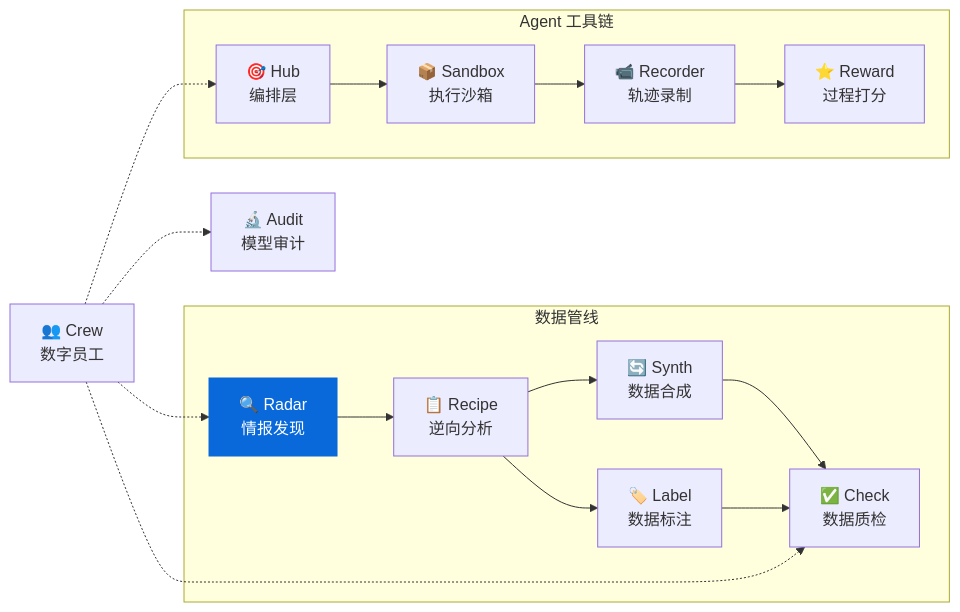
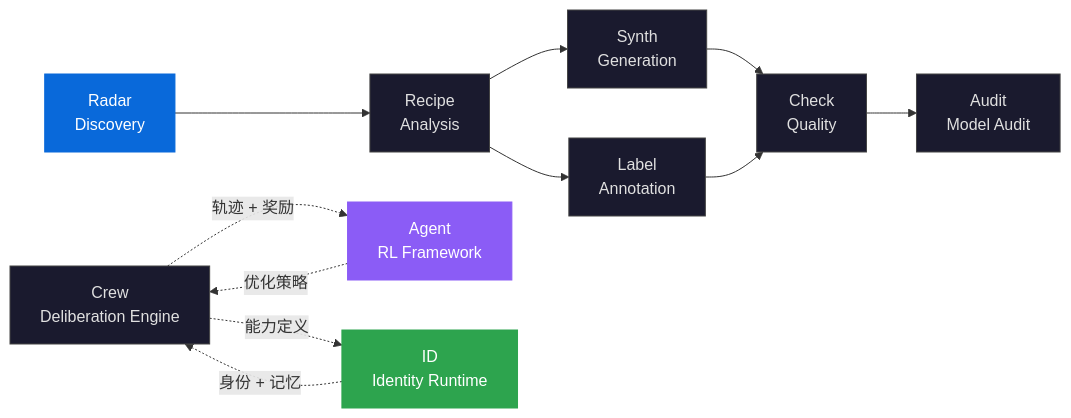
One commit to liuxiaotong/ai-dataset-radar changed the second of 2 diagrams in README.md. Above: the diagram before and after it, drawn with Mermaid. The commit also changed other lines of this file and 1 other file, not shown here.

````diff
--- a/README.md
+++ b/README.md
@@ -220,22 +399,26 @@
 ```mermaid
 graph LR
-    subgraph 数据管线
-        Radar["🔍 Radar<br/>情报发现"] --> Recipe["📋 Recipe<br/>逆向分析"]
-        Recipe --> Synth["🔄 Synth<br/>数据合成"]
-        Recipe --> Label["🏷️ Label<br/>数据标注"]
-        Synth --> Check["✅ Check<br/>数据质检"]
-        Label --> Check
-    end
-    Audit["🔬 Audit<br/>模型审计"]
-    subgraph Agent 工具链
-        Hub["🎯 Hub<br/>编排层"] --> Sandbox["📦 Sandbox<br/>执行沙箱"]
-        Sandbox --> Recorder["📹 Recorder<br/>轨迹录制"]
-        Recorder --> Reward["⭐ Reward<br/>过程打分"]
-    end
-    Crew["👥 Crew<br/>数字员工"]
-    Crew -.-> Radar
-    Crew -.-> Check
-    Crew -.-> Audit
-    Crew -.-> Hub
+    Radar["Radar<br/>Discovery"] --> Recipe["Recipe<br/>Analysis"]
+    Recipe --> Synth["Synth<br/>Generation"]
+    Recipe --> Label["Label<br/>Annotation"]
+    Synth --> Check["Check<br/>Quality"]
+    Label --> Check
+    Check --> Audit["Audit<br/>Model Audit"]
+    Crew["Crew<br/>Deliberation Engine"]
+    Agent["Agent<br/>RL Framework"]
+    ID["ID<br/>Identity Runtime"]
+    Crew -.->|能力定义| ID
+    ID -.->|身份 + 记忆| Crew
+    Crew -.->|轨迹 + 奖励| Agent
+    Agent -.->|优化策略| Crew
+
     style Radar fill:#0969da,color:#fff,stroke:#0969da
+    style ID fill:#2da44e,color:#fff,stroke:#2da44e
+    style Agent fill:#8b5cf6,color:#fff,stroke:#8b5cf6
+    style Crew fill:#1a1a2e,color:#e0e0e0,stroke:#444
+    style Recipe fill:#1a1a2e,color:#e0e0e0,stroke:#444
+    style Synth fill:#1a1a2e,color:#e0e0e0,stroke:#444
+    style Label fill:#1a1a2e,color:#e0e0e0,stroke:#444
+    style Check fill:#1a1a2e,color:#e0e0e0,stroke:#444
+    style Audit fill:#1a1a2e,color:#e0e0e0,stroke:#444
 ```
````
